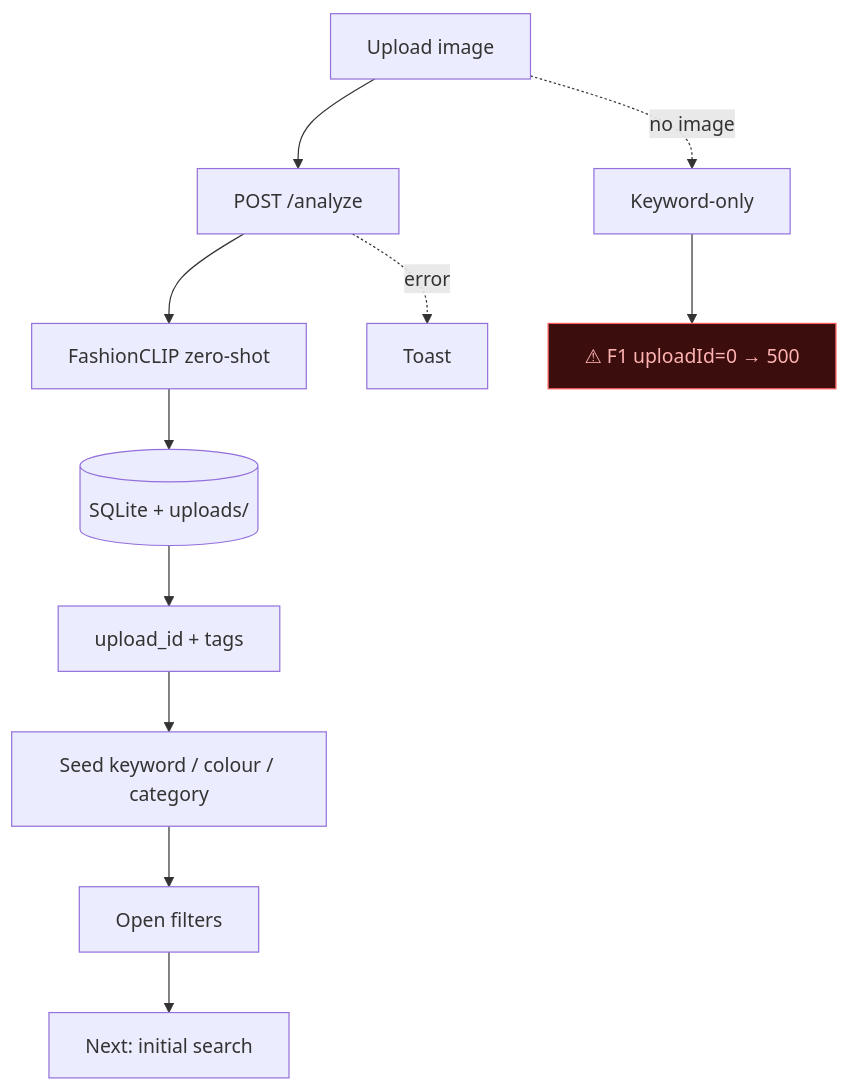
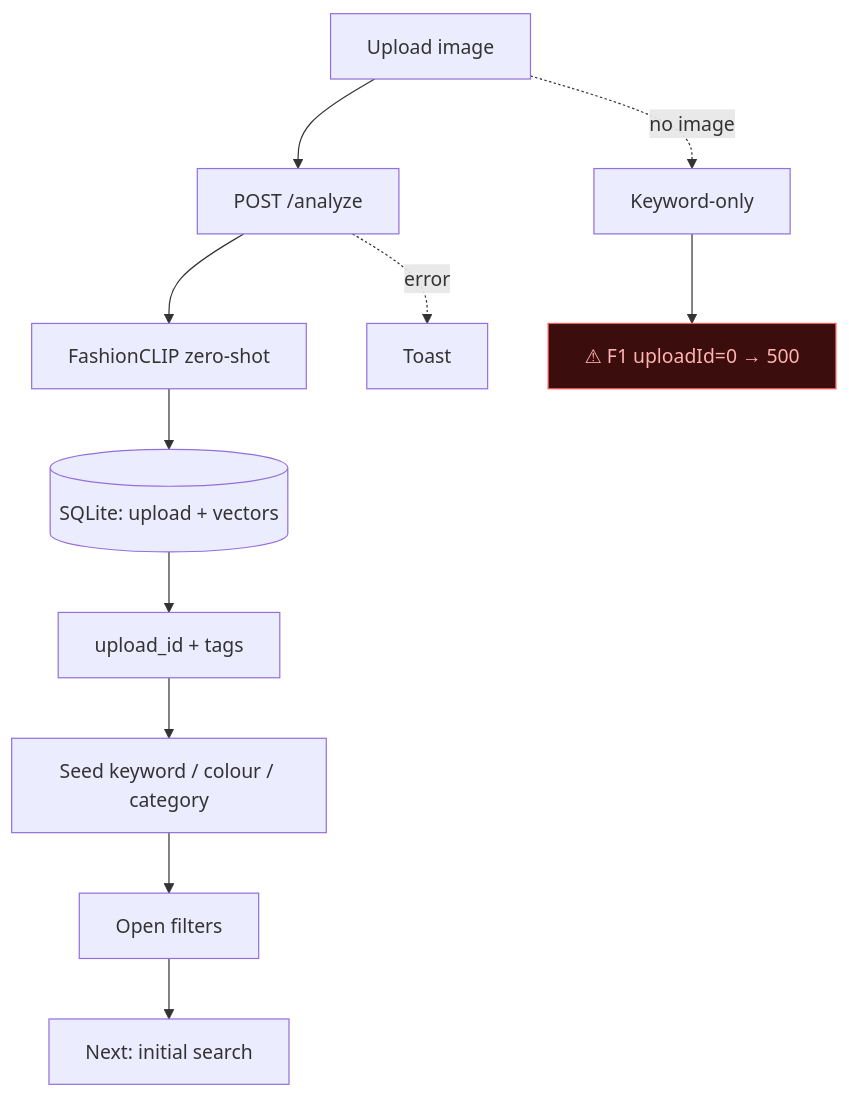
Before and after one commit to bvechiato/rack-sorter: the second of 6 diagrams in docs/flows/README.md, drawn with Mermaid. The commit also changed other lines of this file and 11 other files, not shown here.

````diff
--- a/docs/flows/README.md
+++ b/docs/flows/README.md
@@ -122,17 +120,17 @@
 ```mermaid
 flowchart TD
     classDef fault fill:#3b0d0d,stroke:#ff5a5a,color:#ffb3b3;
 
     U[Upload image] --> A[POST /analyze]
     A --> C[FashionCLIP zero-shot]
-    C --> S[(SQLite + uploads/)]
+    C --> S[(SQLite: upload + vectors)]
     S --> R[upload_id + tags]
     R --> K[Seed keyword / colour / category]
     K --> P[Open filters]
     P --> N[Next: initial search]
     A -. error .-> E[Toast]
     U -. no image .-> KW[Keyword-only]
     KW --> F1[⚠ F1 uploadId=0 → 500]
 
     class F1 fault
 ```
````
